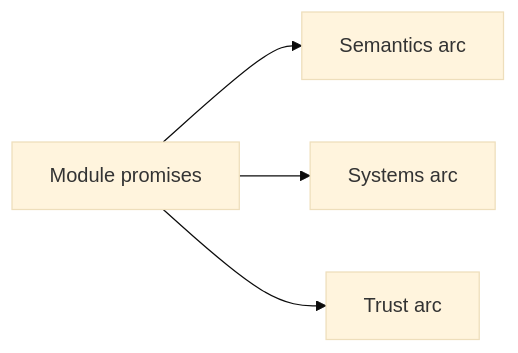
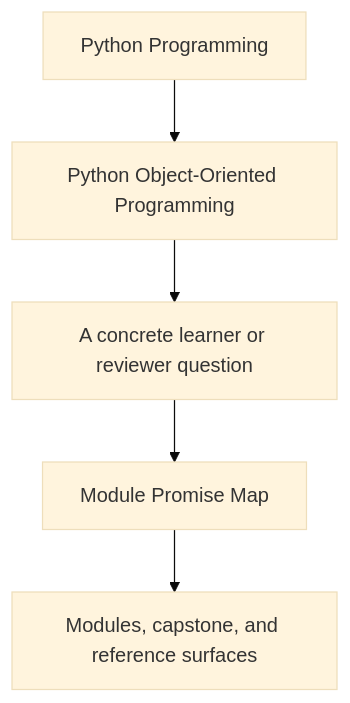
Before and after one commit to bijux/bijux-masterclass: the first of 2 diagrams in programs/python-programming/python-object-oriented-programming/course-book/guides/module-promise-map.md, drawn with Mermaid (base theme). The commit also changed other lines of this file and 23 other files, not shown here.

Commit message:
docs(python-object-oriented-programming): sharpen guide and reference diagrams

````diff
--- a/programs/python-programming/python-object-oriented-programming/course-book/guides/module-promise-map.md
+++ b/programs/python-programming/python-object-oriented-programming/course-book/guides/module-promise-map.md
@@ -7,11 +7,7 @@
 ```mermaid
-graph LR
-  promises["Module promises"]
-  semantics["Semantics arc"]
-  systems["Systems arc"]
-  trust["Trust arc"]
-
-  promises --> semantics
-  promises --> systems
-  promises --> trust
+flowchart TD
+  family["Python Programming"] --> program["Python Object-Oriented Programming"]
+  program --> pressure["A concrete learner or reviewer question"]
+  pressure --> guide["Module Promise Map"]
+  guide --> next["Modules, capstone, and reference surfaces"]
 ```
````
